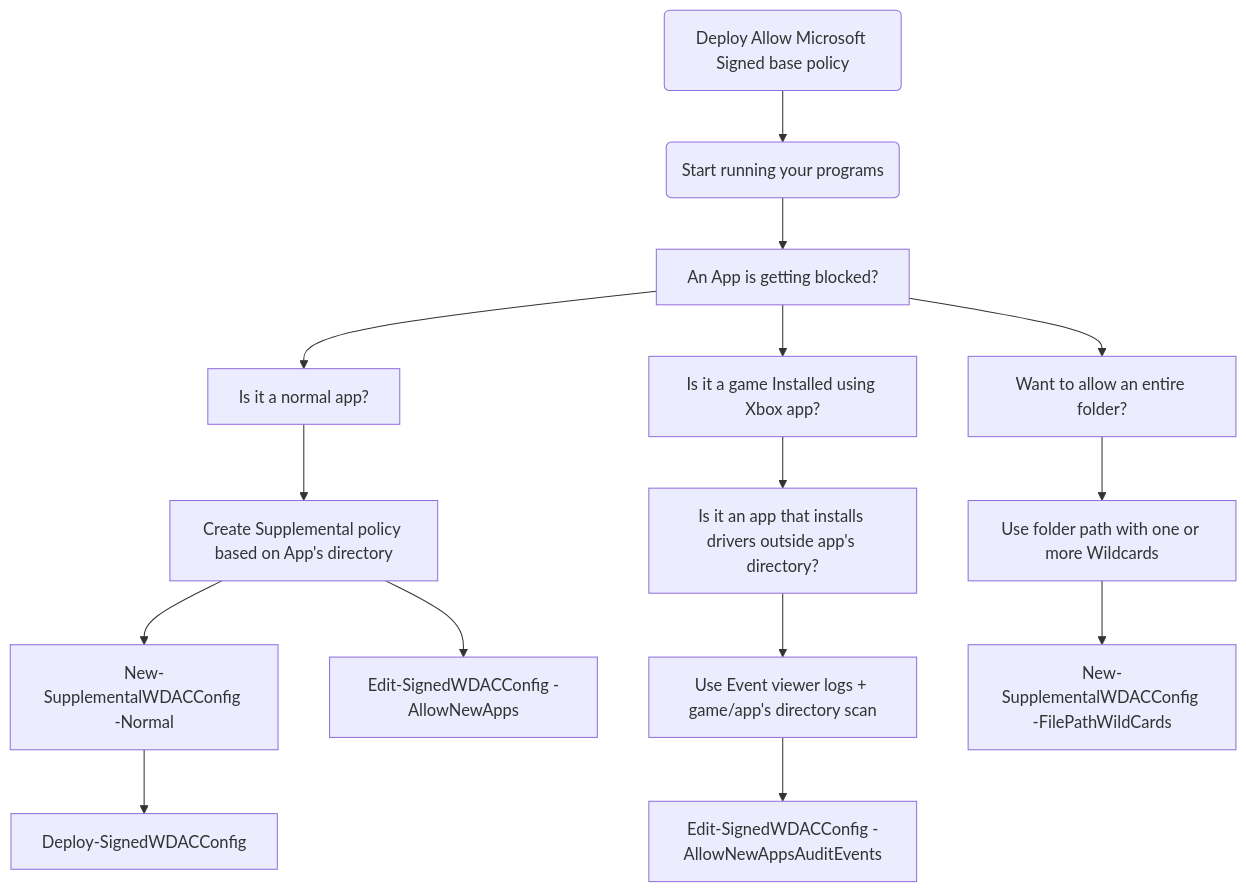
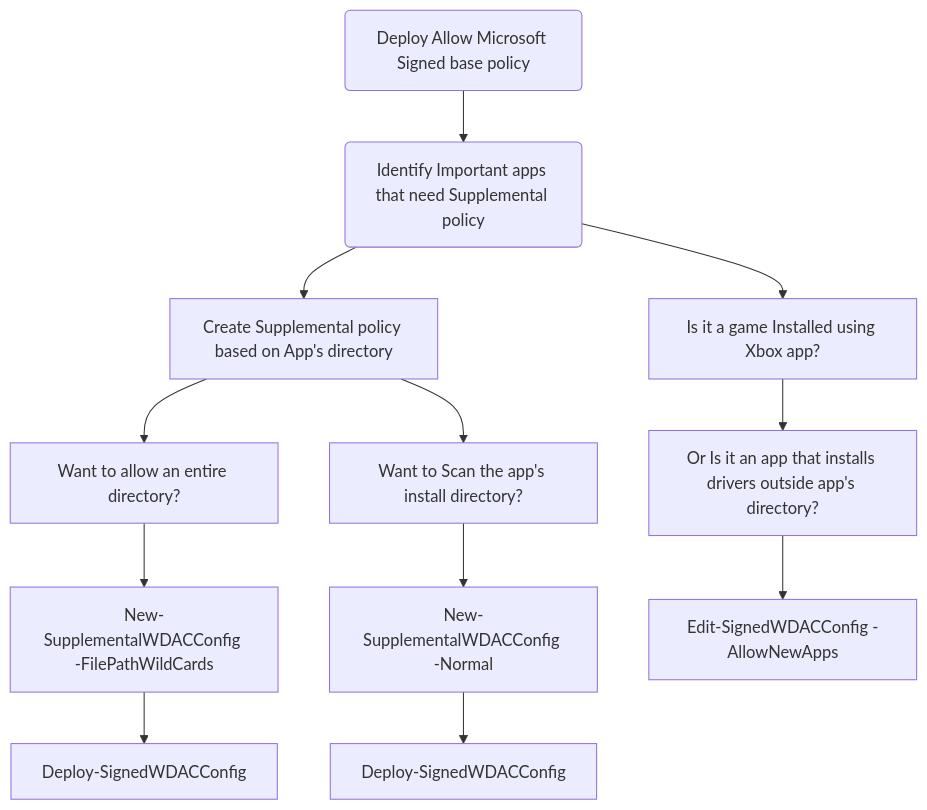
One commit to HotCakeX/Harden-Windows-Security changed the diagram in Wiki posts/Windows Defender Application Control (WDAC)/WDAC for Fully managed device - Variant 3.md. Above: the diagram before and after it, drawn with Mermaid. The commit also changed other lines of this file, not shown here.

````diff
--- a/Wiki posts/Windows Defender Application Control (WDAC)/WDAC for Fully managed device - Variant 3.md
+++ b/Wiki posts/Windows Defender Application Control (WDAC)/WDAC for Fully managed device - Variant 3.md
@@ -13,17 +13,14 @@
 ```mermaid
 flowchart TD
-    A(Deploy Allow Microsoft Signed base policy) -->B(Start running your programs)
-    B --> C[An App is getting blocked?]
-    C --> D[Is it a normal app?]
-    D --> E[Create Supplemental policy based on App's directory]
-    E --> F[New-SupplementalWDACConfig -Normal]
-    F --> G[Deploy-SignedWDACConfig]
-    E --> H[Edit-SignedWDACConfig -AllowNewApps]
-    C --> I[Is it a game Installed using Xbox app?]
-    I --> J[Is it an app that installs drivers outside app's directory?]
-    J --> K[Use Event viewer logs + game/app's directory scan]
-    K --> L[Edit-SignedWDACConfig -AllowNewAppsAuditEvents]
-    C --> M[Want to allow an entire folder?]
-    M --> N[Use folder path with one or more Wildcards]
-    N --> O[New-SupplementalWDACConfig -FilePathWildCards]
+    A(Deploy Allow Microsoft Signed base policy) -->B(Identify Important apps that need Supplemental policy)
+    B --> C[Create Supplemental policy based on App's directory]
+    C --> D[Want to allow an entire directory?]
+    D --> E[New-SupplementalWDACConfig -FilePathWildCards]
+    E --> AA[Deploy-SignedWDACConfig]
+    C --> F[Want to Scan the app's install directory?]
+    F --> G[New-SupplementalWDACConfig -Normal]
+    G --> AB[Deploy-SignedWDACConfig]
+    B --> H[Is it a game Installed using Xbox app?]
+    H --> I[Or Is it an app that installs drivers outside app's directory?]
+    I --> J[Edit-SignedWDACConfig -AllowNewApps]
 ```
````
